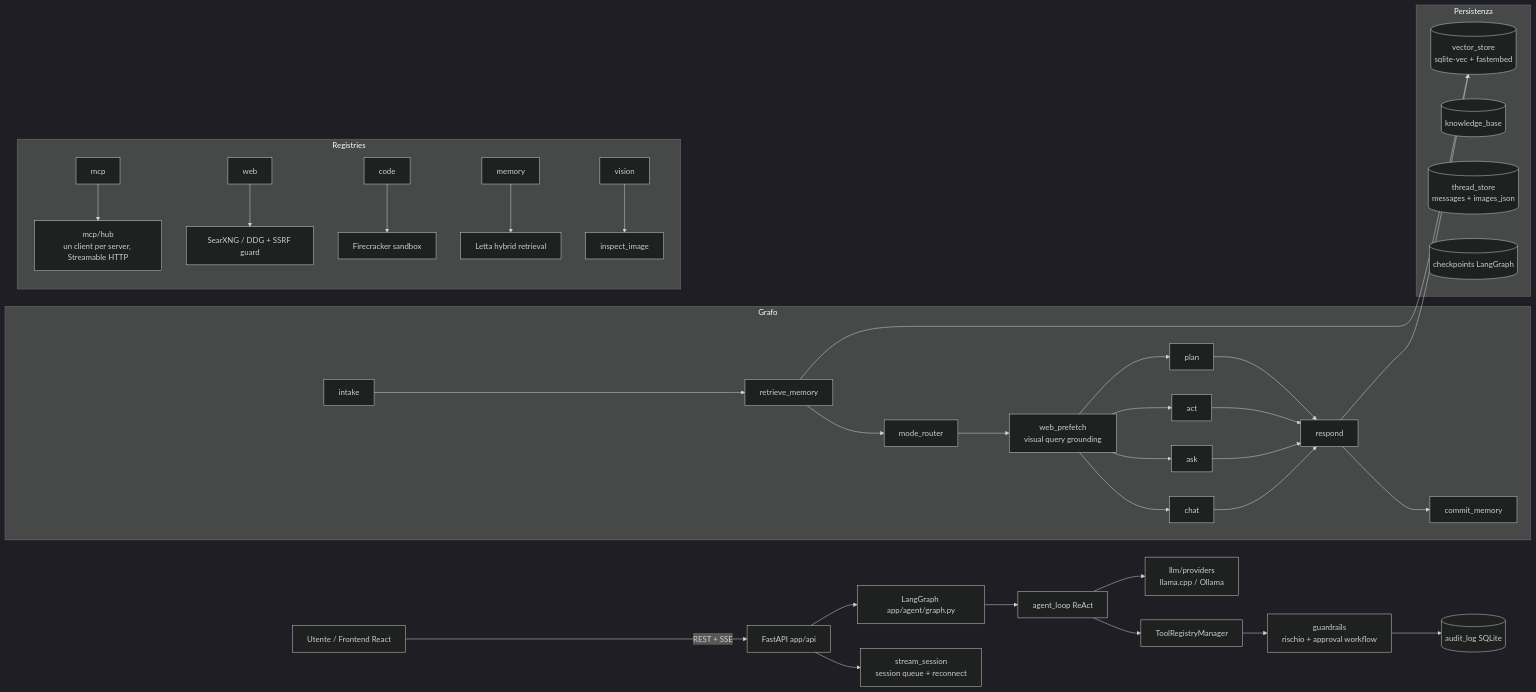
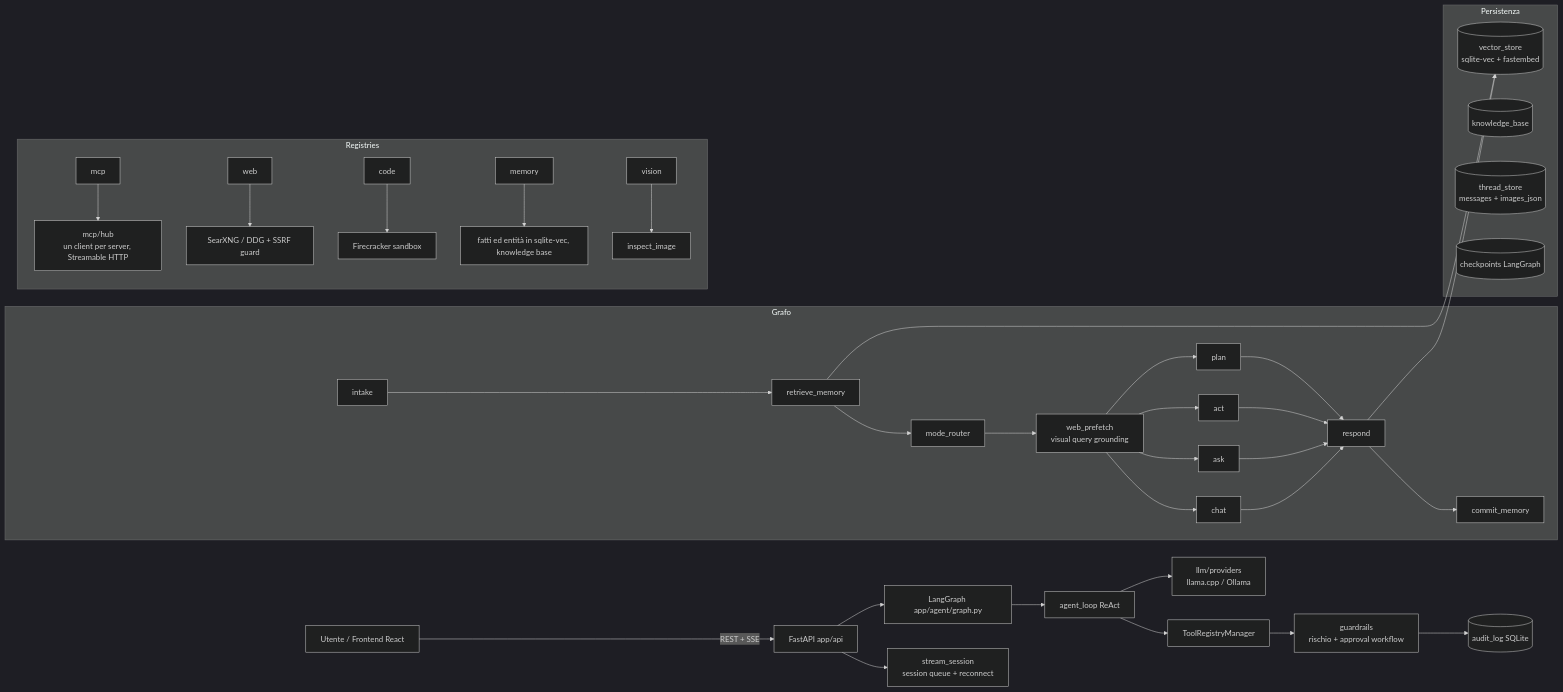
The first of 2 diagrams in backend/README.md (DevGiov/homelab-agent), drawn with Mermaid (dark theme) before and after one commit. The commit also changed other lines of this file and 30 other files, not shown here.

````diff
--- a/backend/README.md
+++ b/backend/README.md
@@ -7,38 +7,38 @@
 ```mermaid
 flowchart LR
     U[Utente / Frontend React] -->|REST + SSE| API[FastAPI app/api]
     API --> SS[stream_session<br/>session queue + reconnect]
     API --> G[LangGraph app/agent/graph.py]
 
     subgraph Grafo
         I[intake] --> RM[retrieve_memory] --> MR[mode_router]
         MR --> WP[web_prefetch<br/>visual query grounding]
         WP --> CH[chat] & AK[ask] & AC[act] & PL[plan]
         CH & AK & AC & PL --> RS[respond] --> CM[commit_memory]
     end
 
     G --> AL[agent_loop ReAct]
     AL --> REG[ToolRegistryManager]
 
     subgraph Registries
         MM[mcp] --> HUB[mcp/hub<br/>un client per server, Streamable HTTP]
         WS[web] --> SX[SearXNG / DDG + SSRF guard]
         CE[code] --> FC[Firecracker sandbox]
-        ME[memory] --> LT[Letta hybrid retrieval]
+        ME[memory] --> LT[fatti ed entità in sqlite-vec, knowledge base]
         VN[vision] --> VI[inspect_image]
     end
 
     REG --> GR[guardrails<br/>rischio + approval workflow]
     GR --> AUD[(audit_log SQLite)]
 
     subgraph Persistenza
         VEC[(vector_store<br/>sqlite-vec + fastembed)]
         KB[(knowledge_base)]
         TS[(thread_store<br/>messages + images_json)]
         CP[(checkpoints LangGraph)]
     end
 
     AL --> LLM[llm/providers<br/>llama.cpp / Ollama]
     RM --> VEC
     RS --> VEC
 ```
````
